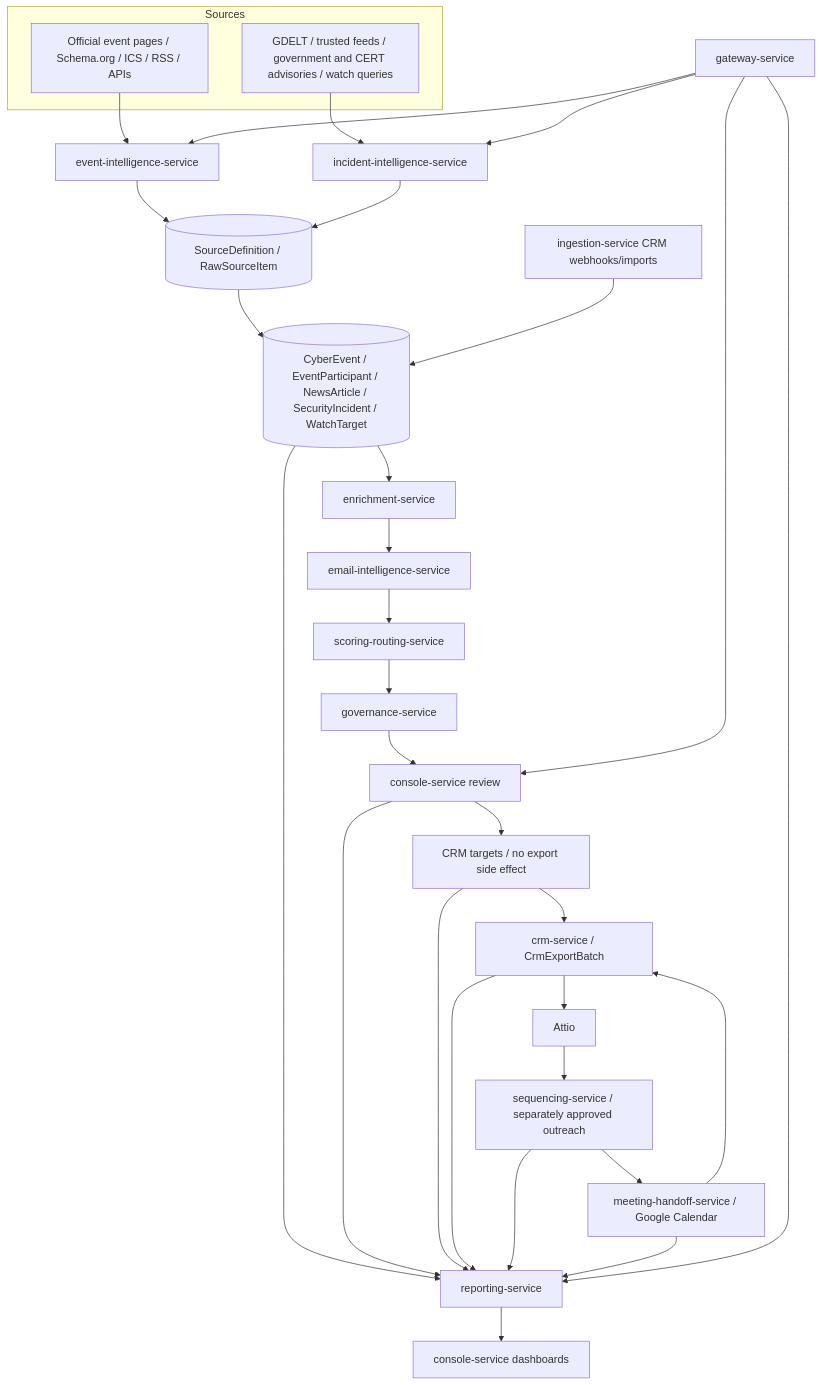
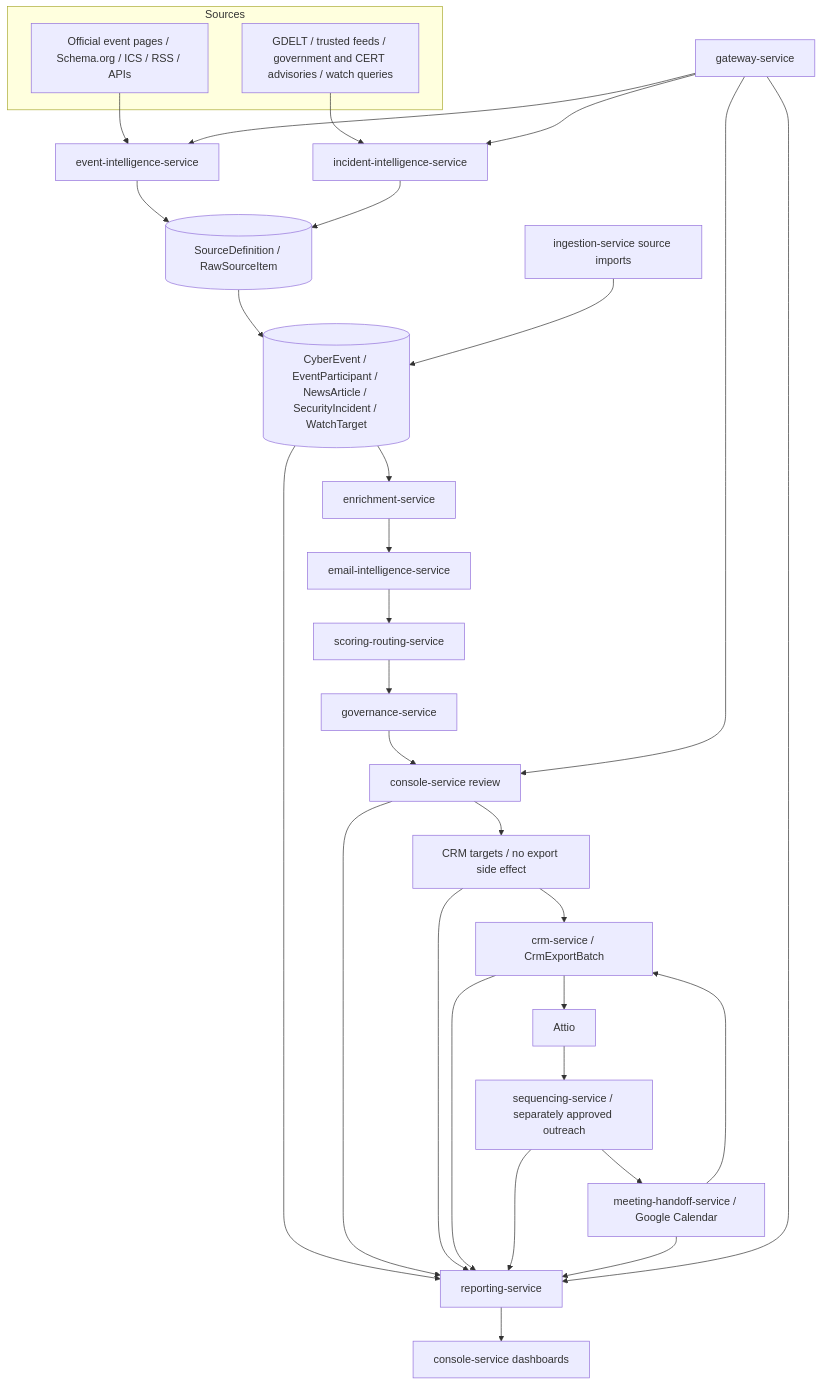
The diagram in docs/architecture.md (giacometti-r/GhostRecon), drawn with Mermaid before and after one commit. The commit also changed other lines of this file and 17 other files, not shown here.

````diff
--- a/docs/architecture.md
+++ b/docs/architecture.md
@@ -9,36 +9,36 @@
 ```mermaid
 flowchart TD
   subgraph Sources
     EVENTSRC[Official event pages / Schema.org / ICS / RSS / APIs]
     NEWSSRC[GDELT / trusted feeds / government and CERT advisories / watch queries]
   end
 
   EVENTSRC --> EIS[event-intelligence-service]
   NEWSSRC --> IIS[incident-intelligence-service]
   EIS --> RAW[(SourceDefinition / RawSourceItem)]
   IIS --> RAW
   RAW --> CANON[(CyberEvent / EventParticipant / NewsArticle / SecurityIncident / WatchTarget)]
   CANON --> ENR[enrichment-service]
   ENR --> EMAIL[email-intelligence-service]
   EMAIL --> SCORE[scoring-routing-service]
   SCORE --> GOV[governance-service]
   GOV --> REVIEW[console-service review]
   REVIEW --> TARGETS[CRM targets / no export side effect]
   TARGETS --> EXPORT[crm-service / CrmExportBatch]
   EXPORT --> ATTIO[Attio]
   ATTIO --> SEQ[sequencing-service / separately approved outreach]
   SEQ --> MEET[meeting-handoff-service / Google Calendar]
   MEET --> EXPORT
   CANON --> REPORT[reporting-service]
   REVIEW --> REPORT
   TARGETS --> REPORT
   EXPORT --> REPORT
   SEQ --> REPORT
   MEET --> REPORT
   REPORT --> CONSOLE[console-service dashboards]
   GATE[gateway-service] --> EIS
   GATE --> IIS
   GATE --> REVIEW
   GATE --> REPORT
-  ING[ingestion-service CRM webhooks/imports] --> CANON
+  ING[ingestion-service source imports] --> CANON
 ```
````
